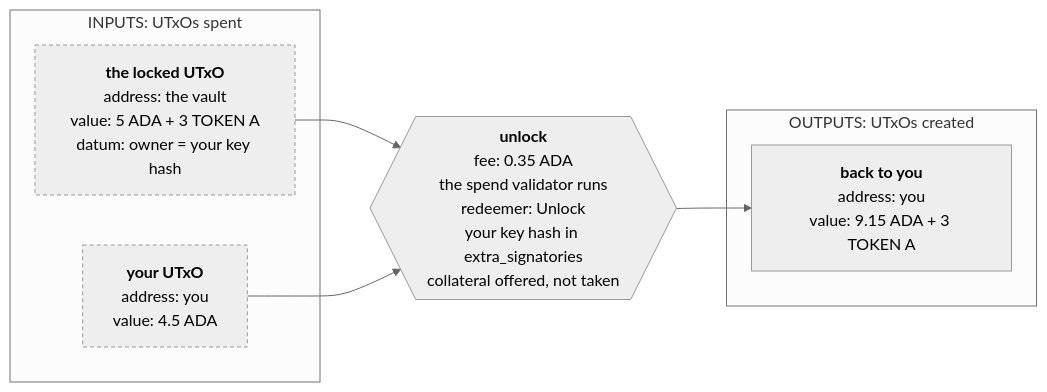
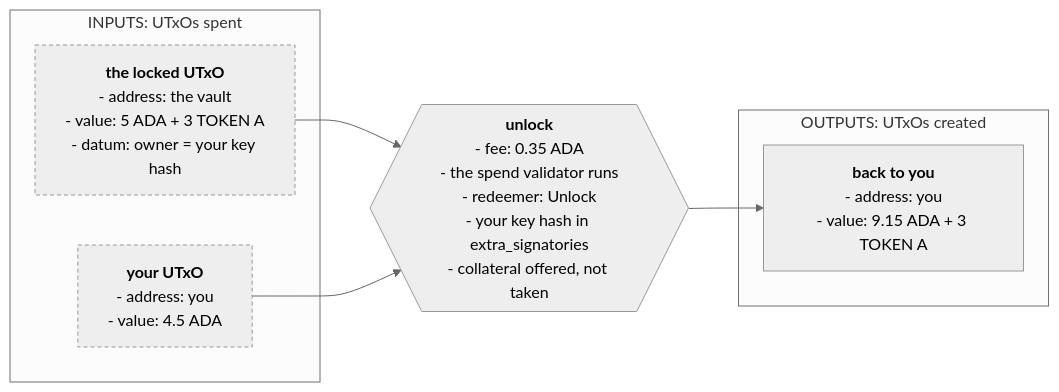
One commit to cardano-foundation/developer-portal changed the fourth of 6 diagrams in docs/developers/onboarding/lectures/intermediate/9-frontend-integration.md. Above: the diagram before and after it, drawn with Mermaid (neutral theme). The commit also changed other lines of this file and 8 other files, not shown here.

````diff
--- a/docs/developers/onboarding/lectures/intermediate/9-frontend-integration.md
+++ b/docs/developers/onboarding/lectures/intermediate/9-frontend-integration.md
@@ -331,31 +331,31 @@
 ```mermaid
 flowchart LR
     subgraph IN["INPUTS: UTxOs spent"]
         I1["`**the locked UTxO**
-        address: the vault
-        value: 5 ADA + 3 TOKEN A
-        datum: owner = your key hash`"]
+        - address: the vault
+        - value: 5 ADA + 3 TOKEN A
+        - datum: owner = your key hash`"]
         I2["`**your UTxO**
-        address: you
-        value: 4.5 ADA`"]
+        - address: you
+        - value: 4.5 ADA`"]
     end
 
     TX{{"`**unlock**
-    fee: 0.35 ADA
-    the spend validator runs
-    redeemer: Unlock
-    your key hash in extra_signatories
-    collateral offered, not taken`"}}
+    - fee: 0.35 ADA
+    - the spend validator runs
+    - redeemer: Unlock
+    - your key hash in extra_signatories
+    - collateral offered, not taken`"}}
 
     subgraph OUT["OUTPUTS: UTxOs created"]
         O["`**back to you**
-        address: you
-        value: 9.15 ADA + 3 TOKEN A`"]
+        - address: you
+        - value: 9.15 ADA + 3 TOKEN A`"]
     end
 
     I1 --> TX --> O
     I2 --> TX
 
     style I1 stroke-dasharray:4 3
     style I2 stroke-dasharray:4 3
 ```
````
